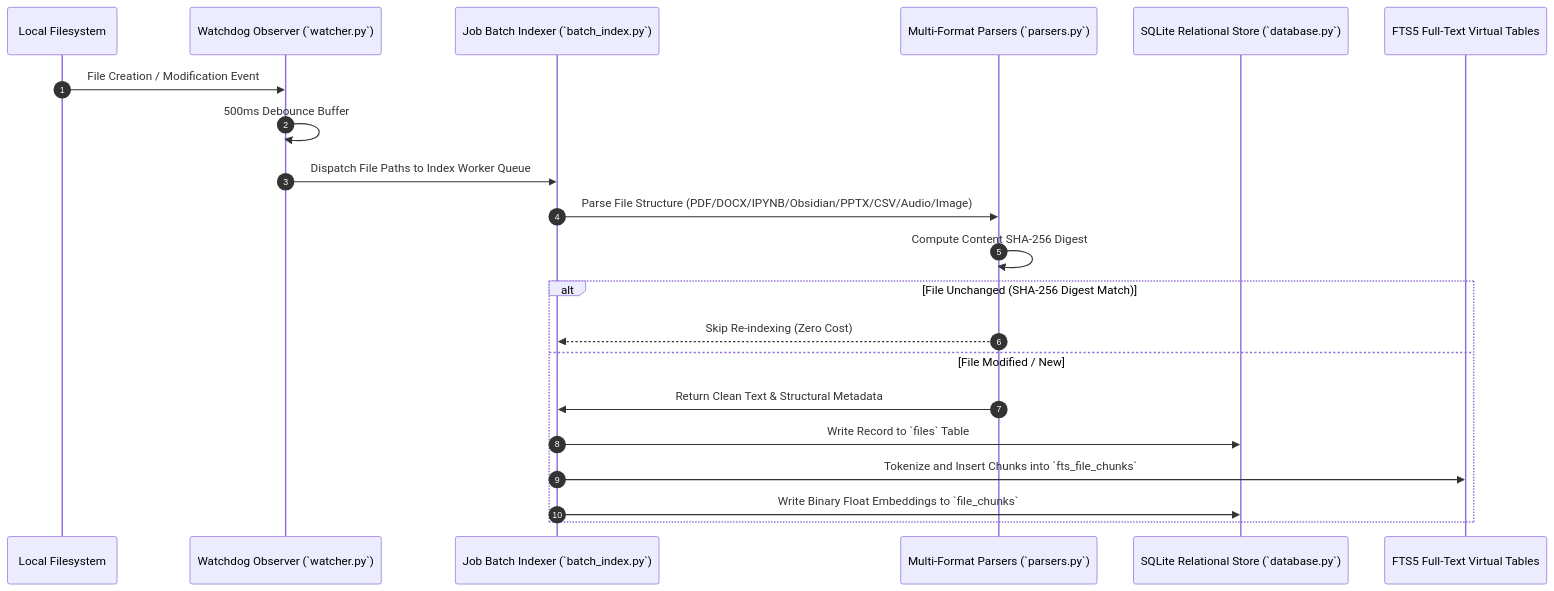
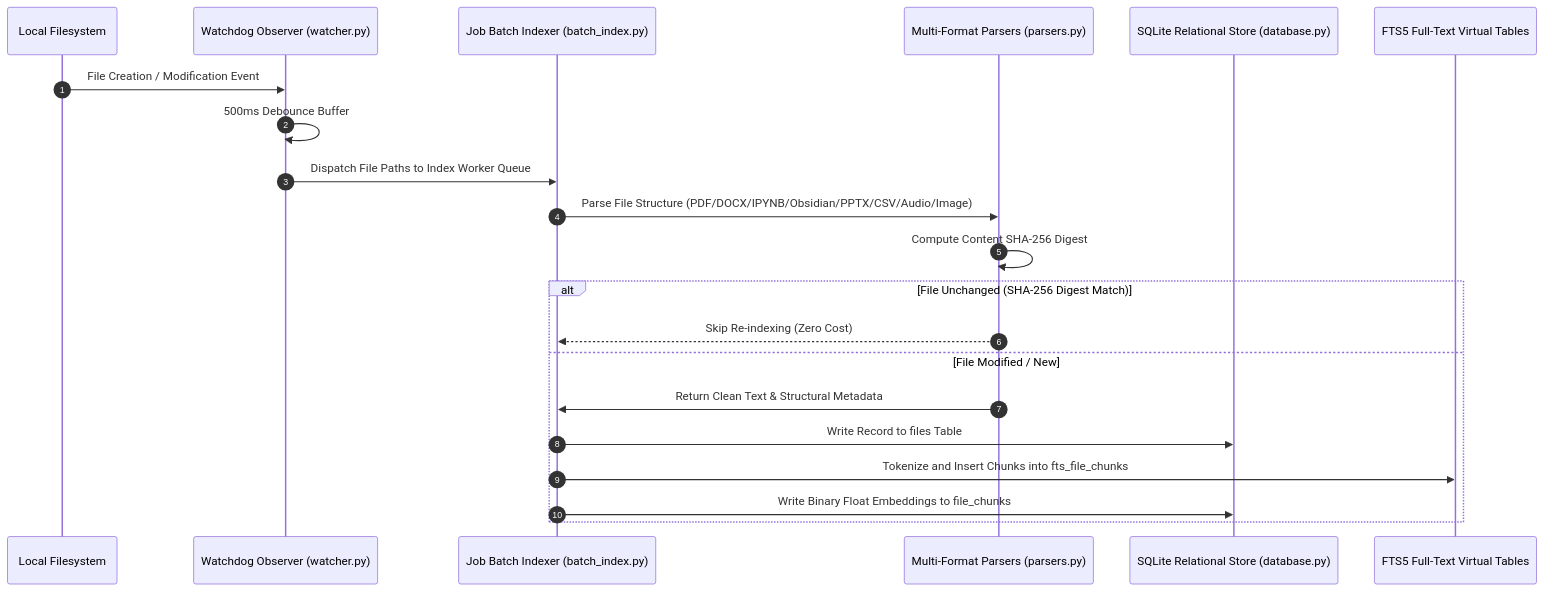
One commit to SavianAlexander/uroboros-knowledge-engine changed the first of 9 diagrams in ARCHITECTURE.md. Above: the diagram before and after it, drawn with Mermaid. The commit also changed 1 other file, not shown here.

Commit message:
docs(architecture): clean inline backticks from Mermaid sequence diagrams (#2023)

````diff
--- a/ARCHITECTURE.md
+++ b/ARCHITECTURE.md
@@ -39,24 +39,24 @@
 ```mermaid
 sequenceDiagram
     autonumber
     participant FS as Local Filesystem
-    participant Watch as Watchdog Observer (`watcher.py`)
-    participant Batch as Job Batch Indexer (`batch_index.py`)
-    participant Parse as Multi-Format Parsers (`parsers.py`)
-    participant DB as SQLite Relational Store (`database.py`)
+    participant Watch as Watchdog Observer (watcher.py)
+    participant Batch as Job Batch Indexer (batch_index.py)
+    participant Parse as Multi-Format Parsers (parsers.py)
+    participant DB as SQLite Relational Store (database.py)
     participant FTS as FTS5 Full-Text Virtual Tables
 
     FS->>Watch: File Creation / Modification Event
     Watch->>Watch: 500ms Debounce Buffer
     Watch->>Batch: Dispatch File Paths to Index Worker Queue
     Batch->>Parse: Parse File Structure (PDF/DOCX/IPYNB/Obsidian/PPTX/CSV/Audio/Image)
     Parse->>Parse: Compute Content SHA-256 Digest
     alt File Unchanged (SHA-256 Digest Match)
         Parse-->>Batch: Skip Re-indexing (Zero Cost)
     else File Modified / New
         Parse->>Batch: Return Clean Text & Structural Metadata
-        Batch->>DB: Write Record to `files` Table
-        Batch->>FTS: Tokenize and Insert Chunks into `fts_file_chunks`
-        Batch->>DB: Write Binary Float Embeddings to `file_chunks`
+        Batch->>DB: Write Record to files Table
+        Batch->>FTS: Tokenize and Insert Chunks into fts_file_chunks
+        Batch->>DB: Write Binary Float Embeddings to file_chunks
     end
 ```
````
